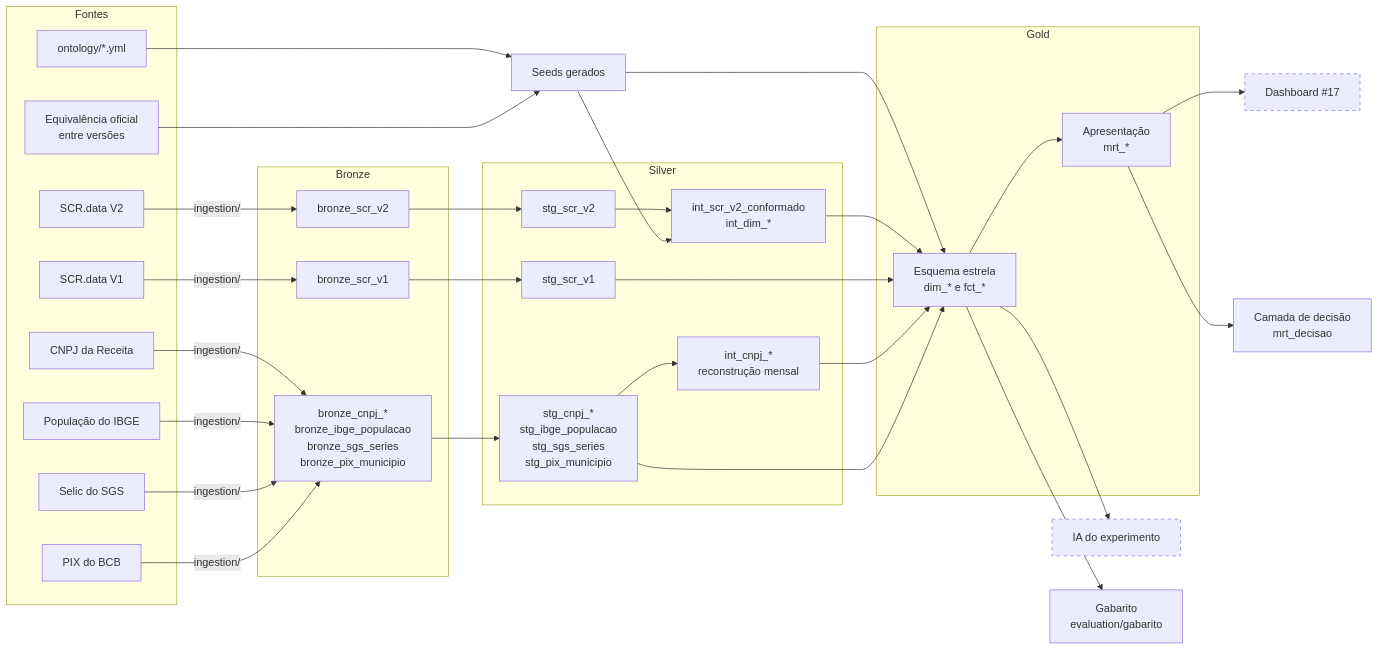
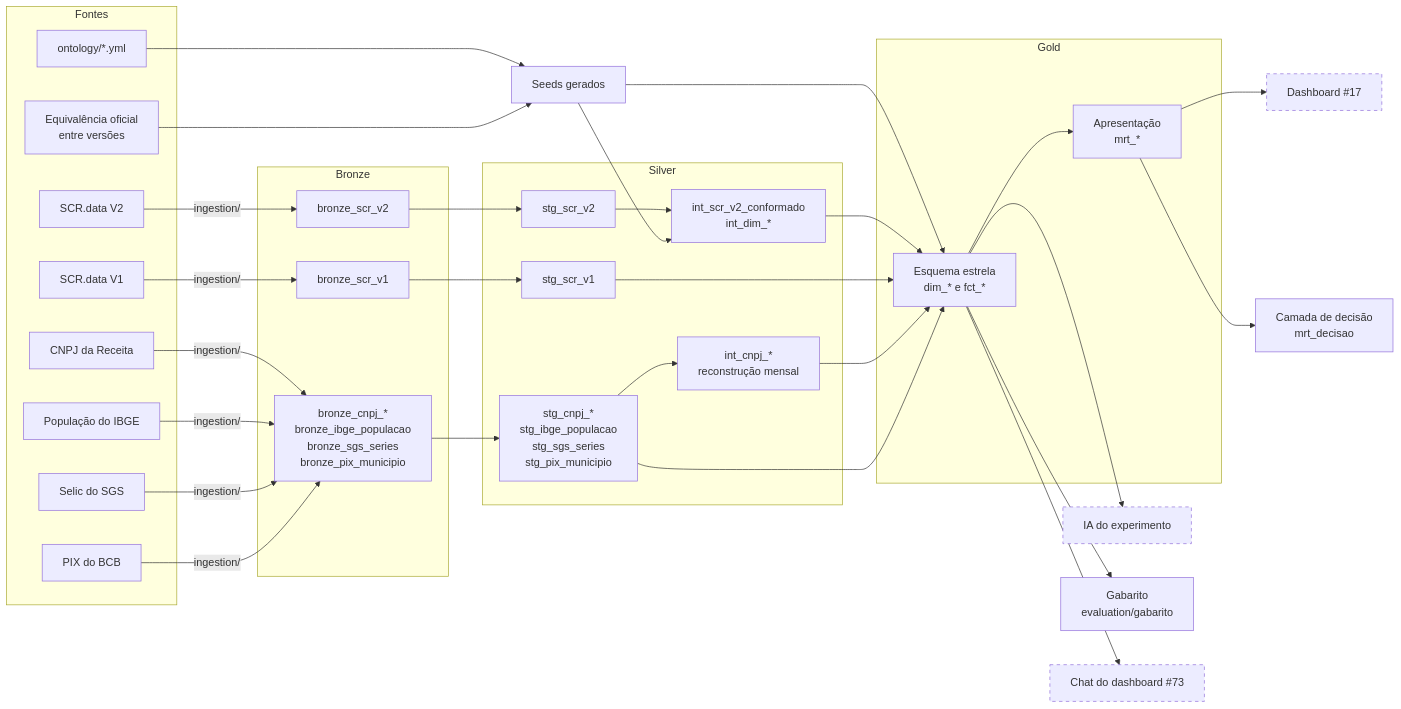
The diagram in README.md (RCHRDYv/bcb-credito-governanca), drawn with Mermaid before and after one commit. The commit also changed other lines of this file and 6 other files, not shown here.

````diff
--- a/README.md
+++ b/README.md
@@ -71,54 +71,55 @@
 ```mermaid
 flowchart LR
     subgraph fontes["Fontes"]
         v2["SCR.data V2"]
         v1["SCR.data V1"]
         onto["ontology/*.yml"]
         equiv["Equivalência oficial<br/>entre versões"]
         cnpj["CNPJ da Receita"]
         ibge["População do IBGE"]
         sgs["Selic do SGS"]
         pix["PIX do BCB"]
     end
 
     subgraph bronze["Bronze"]
         b2["bronze_scr_v2"]
         b1["bronze_scr_v1"]
         bext["bronze_cnpj_*<br/>bronze_ibge_populacao<br/>bronze_sgs_series<br/>bronze_pix_municipio"]
     end
 
     seeds["Seeds gerados"]
 
     subgraph silver["Silver"]
         s2["stg_scr_v2"]
         s1["stg_scr_v1"]
         conf["int_scr_v2_conformado<br/>int_dim_*"]
         sext["stg_cnpj_*<br/>stg_ibge_populacao<br/>stg_sgs_series<br/>stg_pix_municipio"]
         rec["int_cnpj_*<br/>reconstrução mensal"]
     end
 
     subgraph gold["Gold"]
         estrela["Esquema estrela<br/>dim_* e fct_*"]
         apres["Apresentação<br/>mrt_*"]
     end
 
     ia["IA do experimento"]
     gab["Gabarito<br/>evaluation/gabarito"]
     dash["Dashboard #17"]
+    chat["Chat do dashboard #73"]
     dec["Camada de decisão<br/>mrt_decisao"]
 
     v2 -- "ingestion/" --> b2 --> s2 --> conf
     v1 -- "ingestion/" --> b1 --> s1
     onto & equiv --> seeds --> conf
     seeds --> estrela
     conf --> estrela
     s1 --> estrela
     cnpj & ibge & sgs & pix -- "ingestion/" --> bext --> sext --> rec --> estrela
     sext --> estrela
     estrela --> apres
-    estrela --> ia & gab
+    estrela --> ia & gab & chat
     apres --> dash & dec
 
     classDef planejado stroke-dasharray: 5 5
-    class ia,dash planejado
+    class ia,dash,chat planejado
 ```
````
